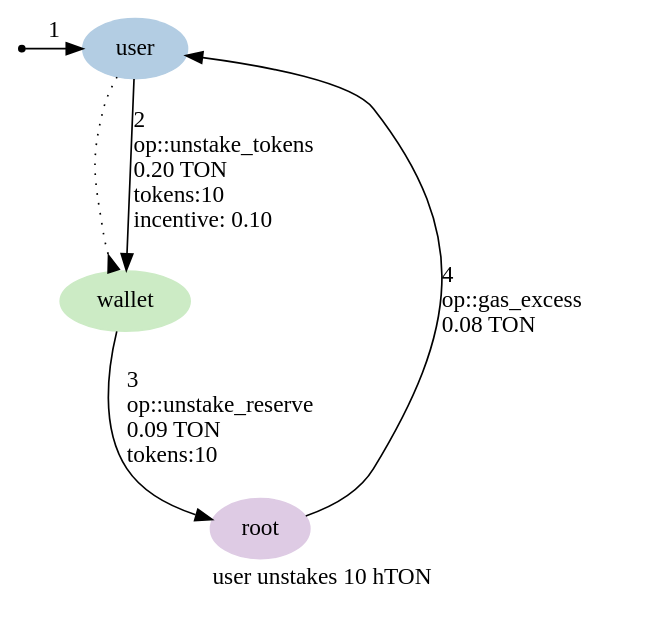
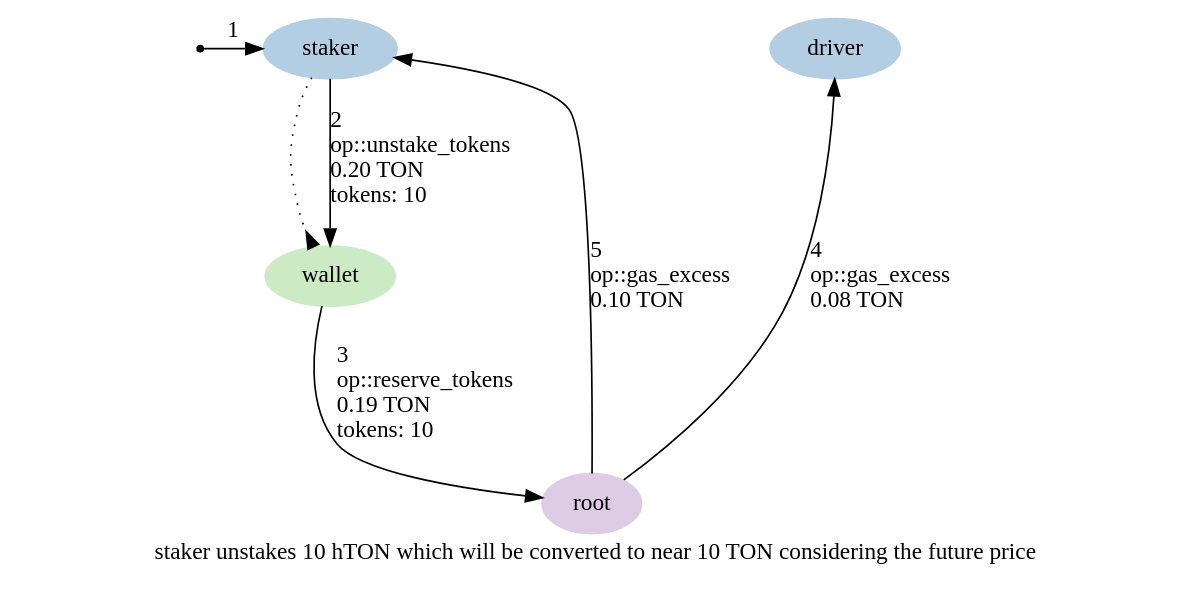
The diagram in graphs/04-unstake-tokens.dot (HipoFinance/contract), drawn with Graphviz before and after one commit. The commit also changed 29 other files, not shown here.

```diff
--- a/graphs/04-unstake-tokens.dot
+++ b/graphs/04-unstake-tokens.dot
@@ -1,21 +1,22 @@
 digraph {
-    label="user unstakes 10 hTON"
+    label="staker unstakes 10 hTON which will be converted to near 10 TON considering the future price"
     node [ colorscheme=pastel19 style=filled ]
 
     /* Entities */
     external [ shape=point ]
-    user [ color=2 ]
+    staker, driver [ color=2 ]
     root [ color=4 ]
     wallet [ color=3 ]
 
     /* Relationships */
-    user -> wallet [ arrowhead=inv style=dotted ]
-    external -> user [ label="1" ]
-    user -> wallet [ label="2\l op::unstake_tokens\l 0.20 TON\l tokens:10\l incentive: 0.10\l" ]
-    wallet -> root [ label="3\l op::unstake_reserve\l 0.09 TON\l tokens:10\l" ]
-    root -> user [ label="4\l op::gas_excess\l 0.08 TON\l" ]
+    staker -> wallet [ arrowhead=inv style=dotted ]
+    external -> staker [ label="1" ]
+    staker -> wallet [ label="2\l op::unstake_tokens\l 0.20 TON\l tokens: 10\l" ]
+    wallet -> root [ label="3\l op::reserve_tokens\l 0.19 TON\l tokens: 10\l" ]
+    root -> driver [ label="4\l op::gas_excess\l 0.08 TON\l" ]
+    root -> staker [ label="5\l op::gas_excess\l 0.10 TON\l" ]
 
     /* Ranks */
-    { rank=min external user }
+    { rank=min external staker driver }
     { rank=max root }
 }
```
